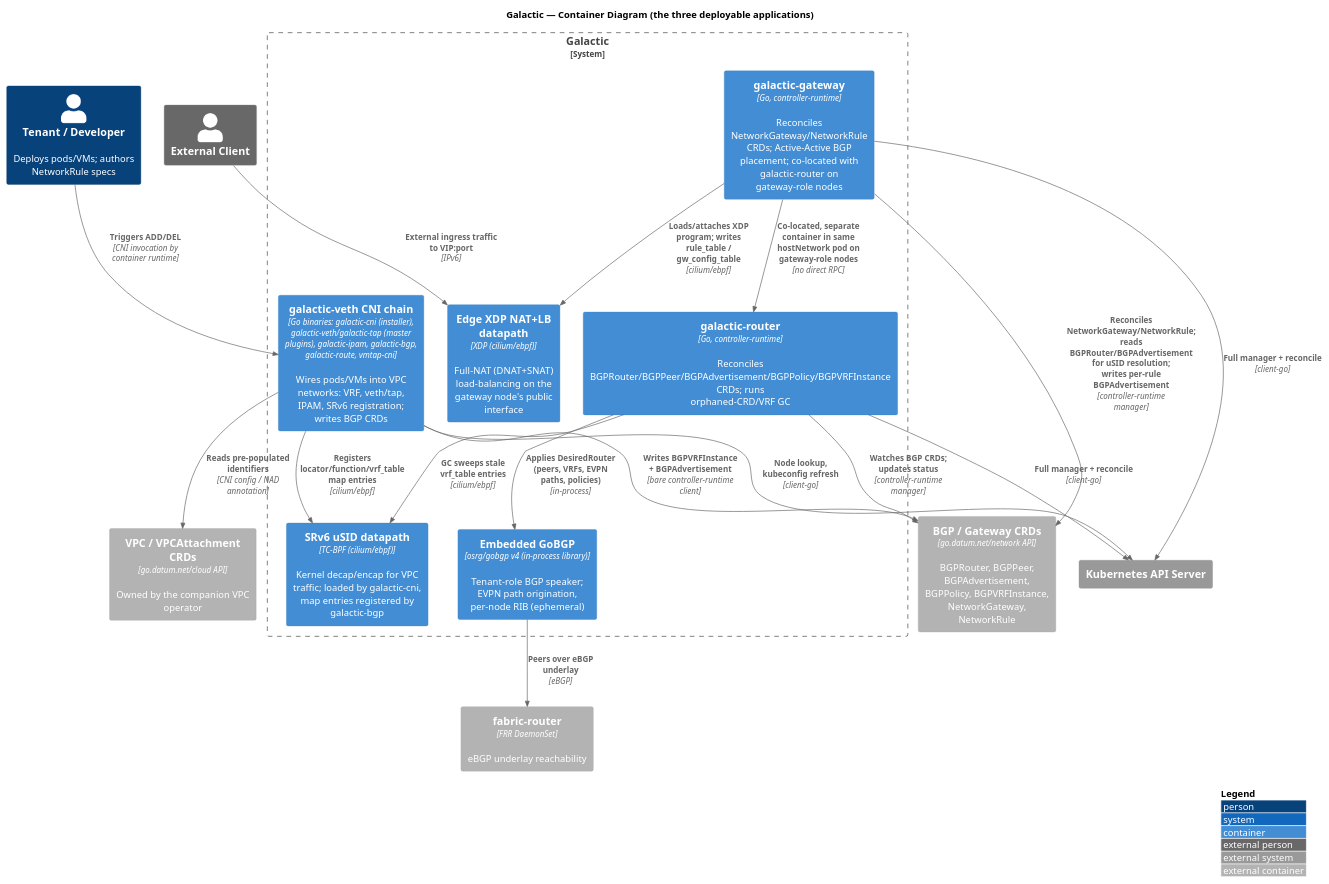
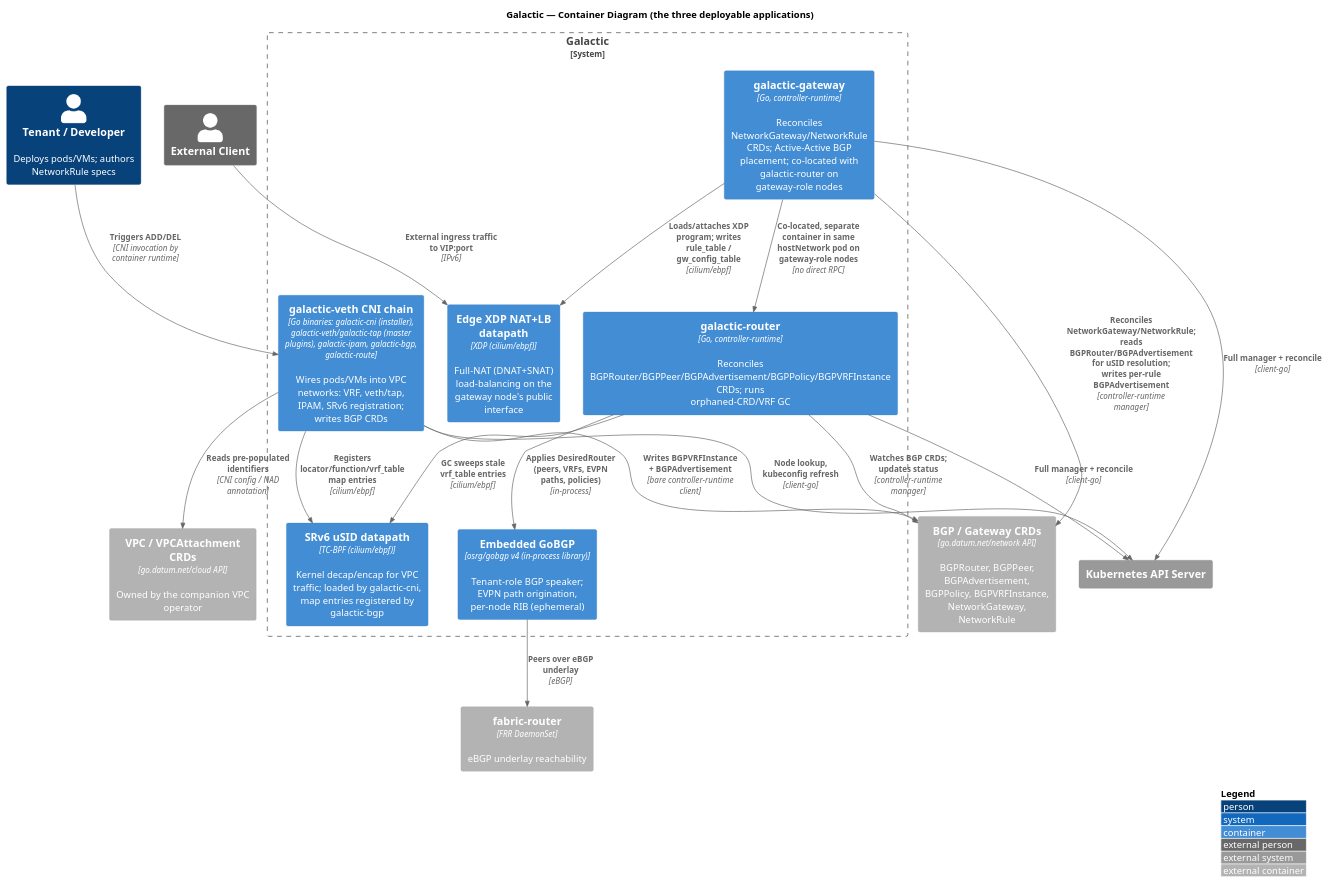
Before and after one commit to datum-cloud/galactic: the diagram in docs/architecture/containers.puml, drawn with PlantUML. The commit also changed 31 other files, not shown here.

First line of the commit message:
chore(cni): remove unused vmtap-cni plugin

```diff
--- a/docs/architecture/containers.puml
+++ b/docs/architecture/containers.puml
@@ -1,49 +1,49 @@
 @startuml containers
 !include https://raw.githubusercontent.com/plantuml-stdlib/C4-PlantUML/master/C4_Container.puml
 
 LAYOUT_WITH_LEGEND()
 
 title Galactic — Container Diagram (the three deployable applications)
 
 Person(tenant, "Tenant / Developer", "Deploys pods/VMs; authors NetworkRule specs")
 Person_Ext(client, "External Client")
 
 System_Boundary(galactic, "Galactic") {
-    Container(cnichain, "galactic-veth CNI chain", "Go binaries: galactic-cni (installer), galactic-veth/galactic-tap (master plugins), galactic-ipam, galactic-bgp, galactic-route, vmtap-cni", "Wires pods/VMs into VPC networks: VRF, veth/tap, IPAM, SRv6 registration; writes BGP CRDs")
+    Container(cnichain, "galactic-veth CNI chain", "Go binaries: galactic-cni (installer), galactic-veth/galactic-tap (master plugins), galactic-ipam, galactic-bgp, galactic-route", "Wires pods/VMs into VPC networks: VRF, veth/tap, IPAM, SRv6 registration; writes BGP CRDs")
     Container(usidbpf, "SRv6 uSID datapath", "TC-BPF (cilium/ebpf)", "Kernel decap/encap for VPC traffic; loaded by galactic-cni, map entries registered by galactic-bgp")
 
     Container(router, "galactic-router", "Go, controller-runtime", "Reconciles BGPRouter/BGPPeer/BGPAdvertisement/BGPPolicy/BGPVRFInstance CRDs; runs orphaned-CRD/VRF GC")
     Container(gobgp, "Embedded GoBGP", "osrg/gobgp v4 (in-process library)", "Tenant-role BGP speaker; EVPN path origination, per-node RIB (ephemeral)")
 
     Container(gateway, "galactic-gateway", "Go, controller-runtime", "Reconciles NetworkGateway/NetworkRule CRDs; Active-Active BGP placement; co-located with galactic-router on gateway-role nodes")
     Container(edgebpf, "Edge XDP NAT+LB datapath", "XDP (cilium/ebpf)", "Full-NAT (DNAT+SNAT) load-balancing on the gateway node's public interface")
 }
 
 Container_Ext(crds, "BGP / Gateway CRDs", "go.datum.net/network API", "BGPRouter, BGPPeer, BGPAdvertisement, BGPPolicy, BGPVRFInstance, NetworkGateway, NetworkRule")
 Container_Ext(vpccrds, "VPC / VPCAttachment CRDs", "go.datum.net/cloud API", "Owned by the companion VPC operator")
 Container_Ext(fabric, "fabric-router", "FRR DaemonSet", "eBGP underlay reachability")
 System_Ext(k8sapi, "Kubernetes API Server")
 
 ' CNI chain internals
 Rel(tenant, cnichain, "Triggers ADD/DEL", "CNI invocation by container runtime")
 Rel(cnichain, vpccrds, "Reads pre-populated identifiers", "CNI config / NAD annotation")
 Rel(cnichain, crds, "Writes BGPVRFInstance + BGPAdvertisement", "bare controller-runtime client")
 Rel(cnichain, usidbpf, "Registers locator/function/vrf_table map entries", "cilium/ebpf")
 
 ' Router internals
 Rel(router, crds, "Watches BGP CRDs; updates status", "controller-runtime manager")
 Rel(router, gobgp, "Applies DesiredRouter (peers, VRFs, EVPN paths, policies)", "in-process")
 Rel(router, usidbpf, "GC sweeps stale vrf_table entries", "cilium/ebpf")
 Rel(gobgp, fabric, "Peers over eBGP underlay", "eBGP")
 
 ' Gateway internals
 Rel(gateway, crds, "Reconciles NetworkGateway/NetworkRule; reads BGPRouter/BGPAdvertisement for uSID resolution; writes per-rule BGPAdvertisement", "controller-runtime manager")
 Rel(gateway, edgebpf, "Loads/attaches XDP program; writes rule_table / gw_config_table", "cilium/ebpf")
 Rel(client, edgebpf, "External ingress traffic to VIP:port", "IPv6")
 Rel(gateway, router, "Co-located, separate container in same hostNetwork pod on gateway-role nodes", "no direct RPC")
 
 Rel(cnichain, k8sapi, "Node lookup, kubeconfig refresh", "client-go")
 Rel(router, k8sapi, "Full manager + reconcile", "client-go")
 Rel(gateway, k8sapi, "Full manager + reconcile", "client-go")
 
 @enduml
```
